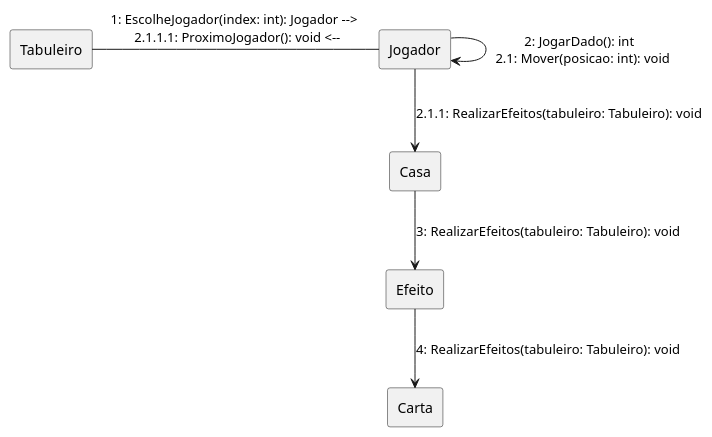
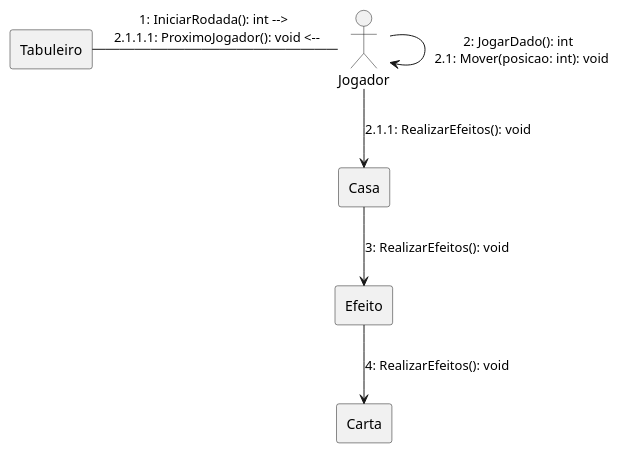
One commit to rogerpcto/ProjetoDeSoftware-UFF changed the diagram in Documentação/diagrama-comunicacao-Movimenta-Jogador.plantuml. Above: the diagram before and after it, drawn with PlantUML. The commit also changed 2 other files, not shown here.

Commit message:
Melhorias diagrama de comunicação

```diff
--- a/Documentação/diagrama-comunicacao-Movimenta-Jogador.plantuml
+++ b/Documentação/diagrama-comunicacao-Movimenta-Jogador.plantuml
@@ -1,19 +1,19 @@
 @startuml comunicacao
 
 skinparam linestyle ortho
 
 rectangle "Tabuleiro" as one
-rectangle "Jogador" as two
+Actor "Jogador" as two
 rectangle "Casa" as three
 rectangle "Efeito" as four
 rectangle "Carta" as five
 
-one -right- two: 1: EscolheJogador(index: int): Jogador --> \n 2.1.1.1: ProximoJogador(): void <--
+one -right- two: 1: IniciarRodada(): int --> \n 2.1.1.1: ProximoJogador(): void <--
 
 two --> two: 2: JogarDado(): int \n 2.1: Mover(posicao: int): void
-two --> three: 2.1.1: RealizarEfeitos(tabuleiro: Tabuleiro): void
+two --> three: 2.1.1: RealizarEfeitos(): void
 
-three --> four: 3: RealizarEfeitos(tabuleiro: Tabuleiro): void
-four --> five: 4: RealizarEfeitos(tabuleiro: Tabuleiro): void
+three --> four: 3: RealizarEfeitos(): void
+four --> five: 4: RealizarEfeitos(): void
 
 @enduml
```
